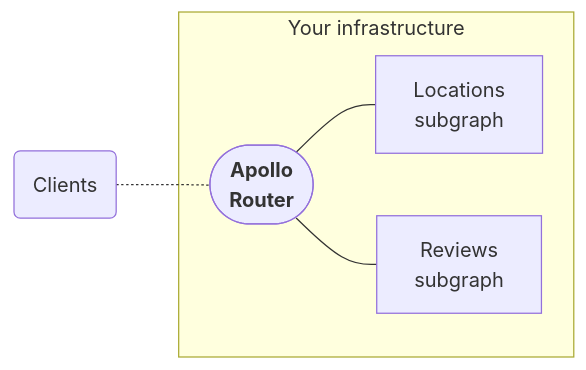
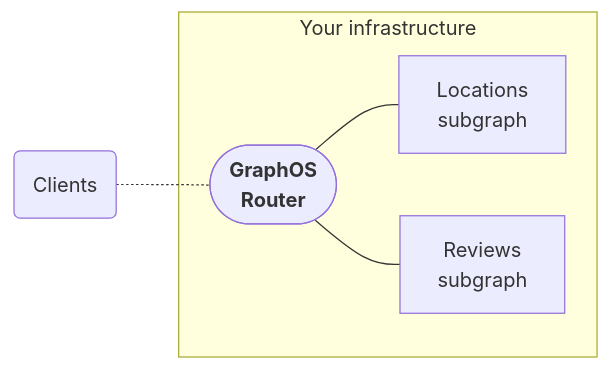
One commit to apollographql/docs changed the first of 3 diagrams in src/content/graphos/enterprise/index.mdx. Above: the diagram before and after it, drawn with Mermaid. The commit also changed other lines of this file and 62 other files, not shown here.

````diff
--- a/src/content/graphos/enterprise/index.mdx
+++ b/src/content/graphos/enterprise/index.mdx
@@ -37,12 +37,12 @@
 ```mermaid
 flowchart LR;
   clients(Clients);
   subgraph "Your infrastructure";
-  router(["<b>Apollo<br/>Router</b>"]);
+  router(["<b>GraphOS<br/>Router</b>"]);
   subgraphA[Locations<br/>subgraph];
   subgraphB[Reviews<br/>subgraph];
   router --- subgraphA & subgraphB;
   end;
   clients -.- router;
   class clients secondary;
 ```
````
